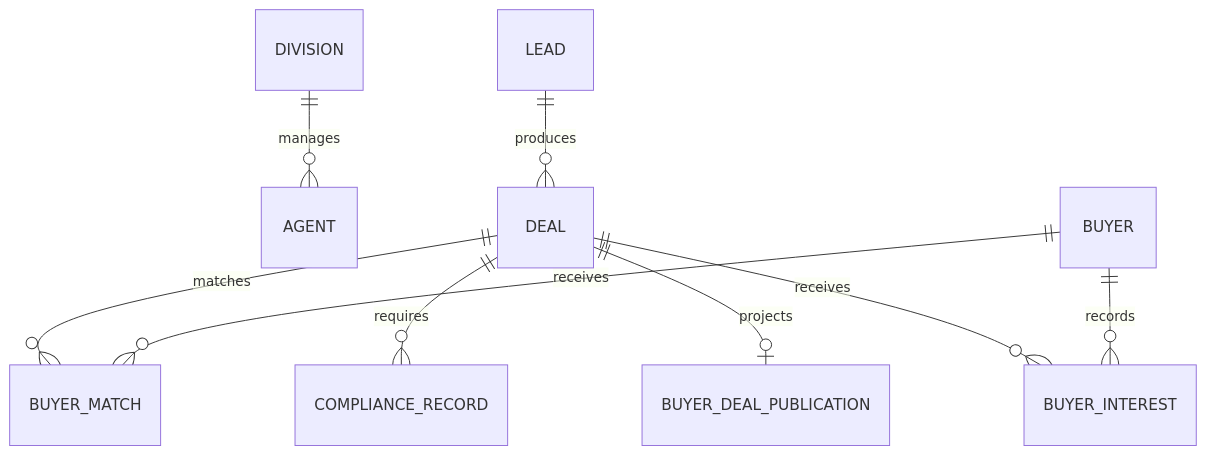
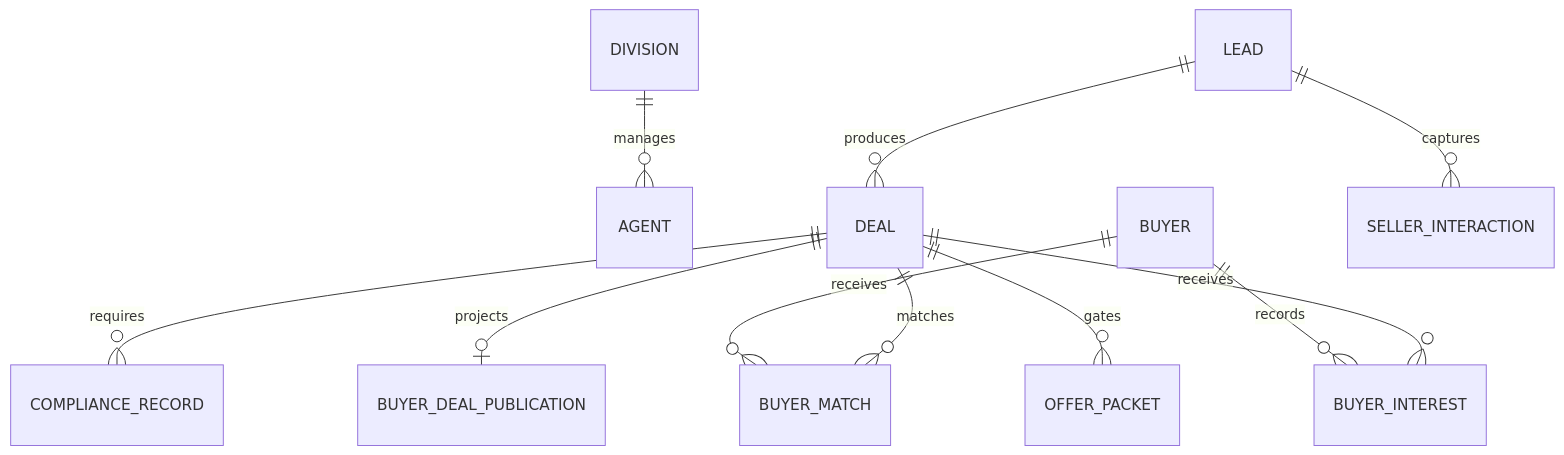
One commit to ceojoe88/prime2-wholesale-deal-os changed the diagram in docs/ARCHITECTURE.md. Above: the diagram before and after it, drawn with Mermaid. The commit also changed other lines of this file and 23 other files, not shown here.

````diff
--- a/docs/ARCHITECTURE.md
+++ b/docs/ARCHITECTURE.md
@@ -37,11 +40,13 @@
 ```mermaid
 erDiagram
   DIVISION ||--o{ AGENT : manages
   LEAD ||--o{ DEAL : produces
   DEAL ||--o{ BUYER_MATCH : matches
   BUYER ||--o{ BUYER_MATCH : receives
   DEAL ||--o{ COMPLIANCE_RECORD : requires
   DEAL ||--o| BUYER_DEAL_PUBLICATION : projects
   DEAL ||--o{ BUYER_INTEREST : receives
   BUYER ||--o{ BUYER_INTEREST : records
+  LEAD ||--o{ SELLER_INTERACTION : captures
+  DEAL ||--o{ OFFER_PACKET : gates
 ```
````
